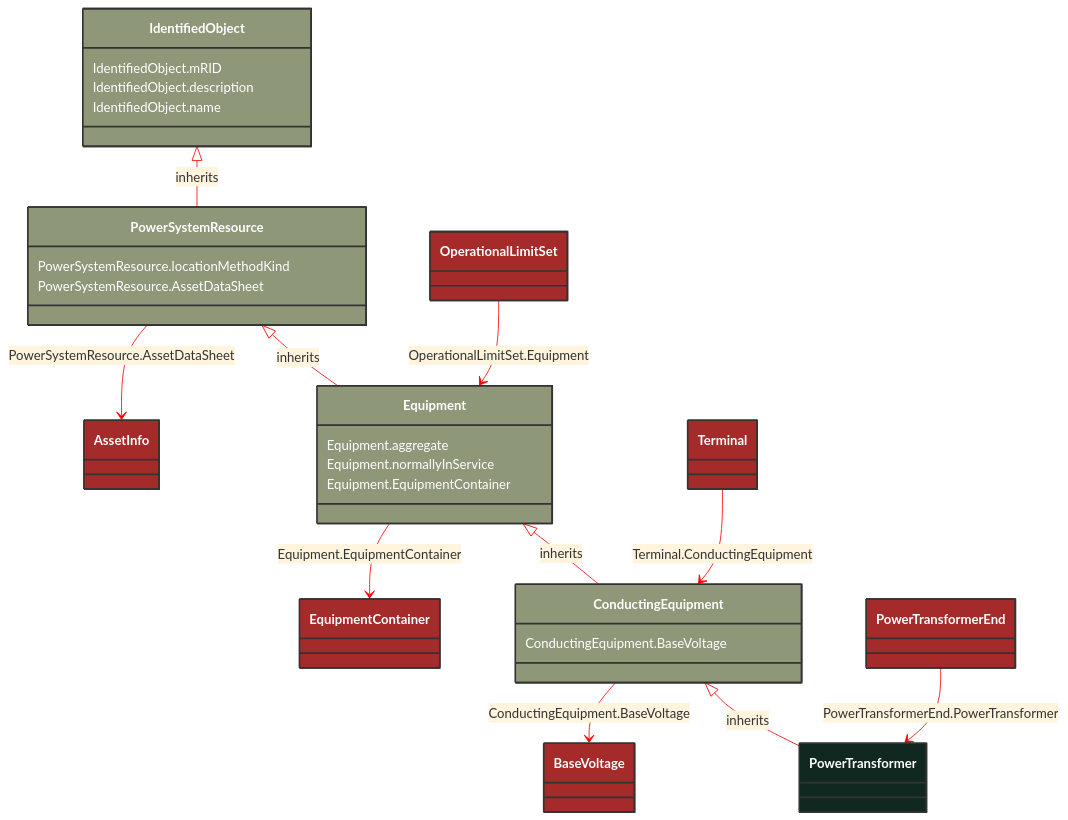
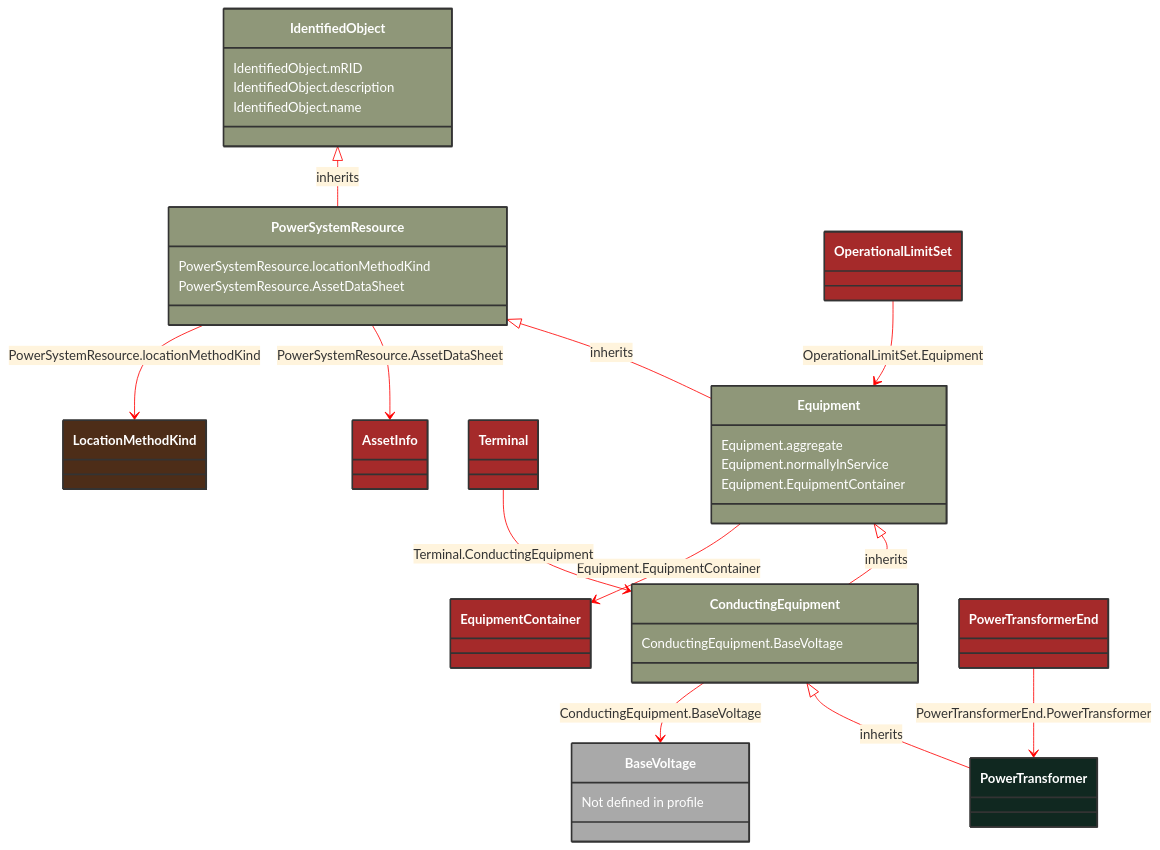
One commit to 3lbits/NoCIMExtensions changed the diagram in docs/Models/Profiles/Telemark-120Equipment/ConcreteClasses/PowerTransformer.md. Above: the diagram before and after it, drawn with Mermaid. The commit also changed 50 other files, not shown here.

Commit message:
Added a change to handle not defined references or ranges

````diff
--- a/docs/Models/Profiles/Telemark-120Equipment/ConcreteClasses/PowerTransformer.md
+++ b/docs/Models/Profiles/Telemark-120Equipment/ConcreteClasses/PowerTransformer.md
@@ -8,68 +8,74 @@
 ```mermaid
 %%{init: {'theme':'base','themeVariables': {'lineColor': '#FF0000'}}}%%
 classDiagram
     class PowerTransformer
     click PowerTransformer href "/Models/Profiles/Telemark-120Equipment/ConcreteClasses/PowerTransformer/"
     style PowerTransformer fill:#102820,stroke:#333,stroke-width:2px,rx:10,ry:10,color:white
      
         ConductingEquipment <|-- PowerTransformer : inherits
             click ConductingEquipment href "/Models/Profiles/Telemark-120Equipment/AbstractClasses/ConductingEquipment/"
             style ConductingEquipment fill:#8F9779,stroke:#333,stroke-width:2px,rx:10,ry:10,color:white
      
         Equipment <|-- ConductingEquipment : inherits
             click Equipment href "/Models/Profiles/Telemark-120Equipment/AbstractClasses/Equipment/"
             style Equipment fill:#8F9779,stroke:#333,stroke-width:2px,rx:10,ry:10,color:white
      
         PowerSystemResource <|-- Equipment : inherits
             click PowerSystemResource href "/Models/Profiles/Telemark-120Equipment/AbstractClasses/PowerSystemResource/"
             style PowerSystemResource fill:#8F9779,stroke:#333,stroke-width:2px,rx:10,ry:10,color:white
      
         IdentifiedObject <|-- PowerSystemResource : inherits
             click IdentifiedObject href "/Models/Profiles/Telemark-120Equipment/AbstractClasses/IdentifiedObject/"
             style IdentifiedObject fill:#8F9779,stroke:#333,stroke-width:2px,rx:10,ry:10,color:white
 
         ConductingEquipment --> BaseVoltage : ConductingEquipment.BaseVoltage
 
+        BaseVoltage : Not defined in profile
+
         BaseVoltage
-            click BaseVoltage href "/Models/Profiles/Telemark-120Equipment/ConcreteClasses/BaseVoltage/"
-            style BaseVoltage fill:#A52A2A,stroke:#333,stroke-width:2px,rx:10,ry:10,color:white
+            style BaseVoltage fill:#A9A9A9,stroke:#333,stroke-width:2px,rx:10,ry:10,color:white
         Equipment --> EquipmentContainer : Equipment.EquipmentContainer
 
         EquipmentContainer
             click EquipmentContainer href "/Models/Profiles/Telemark-120Equipment/AbstractClasses/EquipmentContainer/"
             style EquipmentContainer fill:#A52A2A,stroke:#333,stroke-width:2px,rx:10,ry:10,color:white
         PowerSystemResource --> AssetInfo : PowerSystemResource.AssetDataSheet
 
         AssetInfo
             click AssetInfo href "/Models/Profiles/Telemark-120Equipment/ConcreteClasses/AssetInfo/"
             style AssetInfo fill:#A52A2A,stroke:#333,stroke-width:2px,rx:10,ry:10,color:white
 
         OperationalLimitSet --> Equipment : OperationalLimitSet.Equipment
 
         OperationalLimitSet
             click OperationalLimitSet href "/Models/Profiles/Telemark-120Equipment/ConcreteClasses/OperationalLimitSet/"
             style OperationalLimitSet fill:#A52A2A,stroke:#333,stroke-width:2px,rx:10,ry:10,color:white
 
         PowerTransformerEnd --> PowerTransformer : PowerTransformerEnd.PowerTransformer
 
         PowerTransformerEnd
             click PowerTransformerEnd href "/Models/Profiles/Telemark-120Equipment/ConcreteClasses/PowerTransformerEnd/"
             style PowerTransformerEnd fill:#A52A2A,stroke:#333,stroke-width:2px,rx:10,ry:10,color:white
 
         Terminal --> ConductingEquipment : Terminal.ConductingEquipment
 
         Terminal
             click Terminal href "/Models/Profiles/Telemark-120Equipment/ConcreteClasses/Terminal/"
             style Terminal fill:#A52A2A,stroke:#333,stroke-width:2px,rx:10,ry:10,color:white
 
+        PowerSystemResource --> LocationMethodKind : PowerSystemResource.locationMethodKind
+
+        LocationMethodKind
+            click LocationMethodKind href "/Models/Profiles/Telemark-120Equipment/Enumerations/LocationMethodKind/"
+            style LocationMethodKind fill:#4D2D18,stroke:#333,stroke-width:2px,rx:10,ry:10,color:white
 
         ConductingEquipment : ConductingEquipment.BaseVoltage
         Equipment : Equipment.aggregate
         Equipment : Equipment.normallyInService
         Equipment : Equipment.EquipmentContainer
         PowerSystemResource : PowerSystemResource.locationMethodKind
         PowerSystemResource : PowerSystemResource.AssetDataSheet
         IdentifiedObject : IdentifiedObject.mRID
         IdentifiedObject : IdentifiedObject.description
         IdentifiedObject : IdentifiedObject.name
 ```
````
